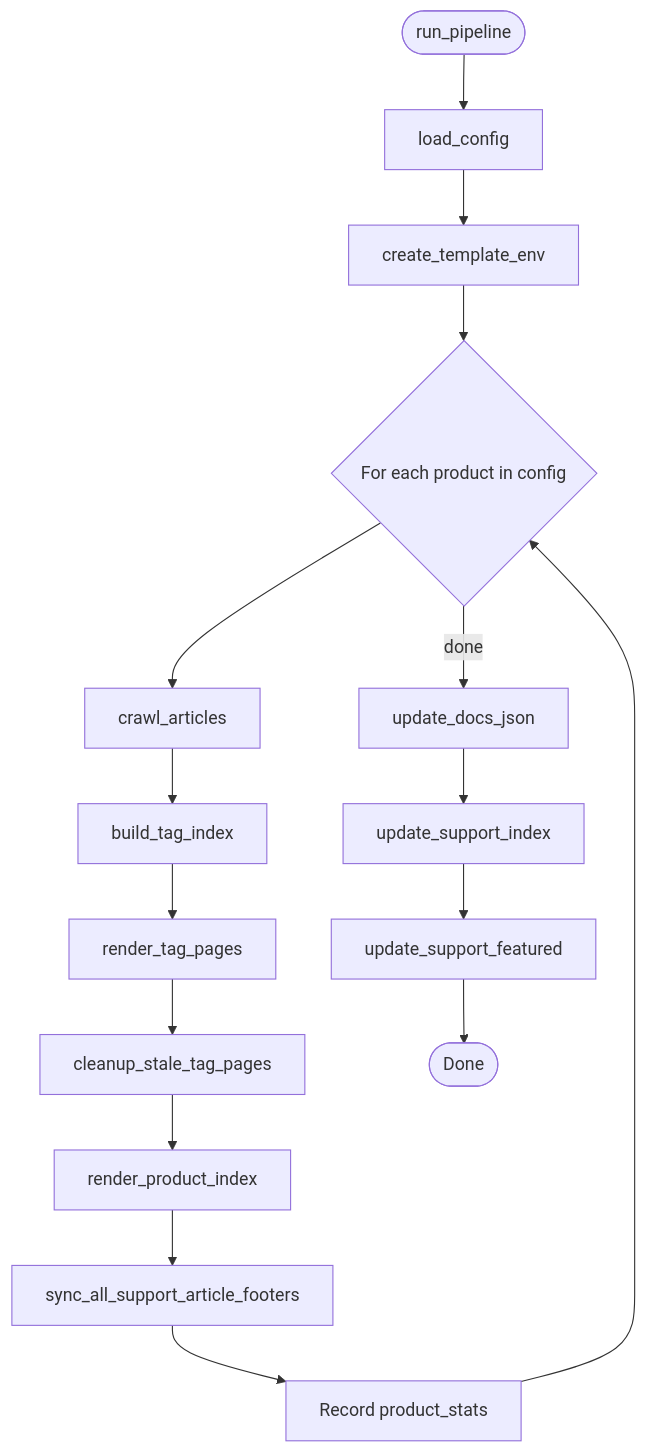
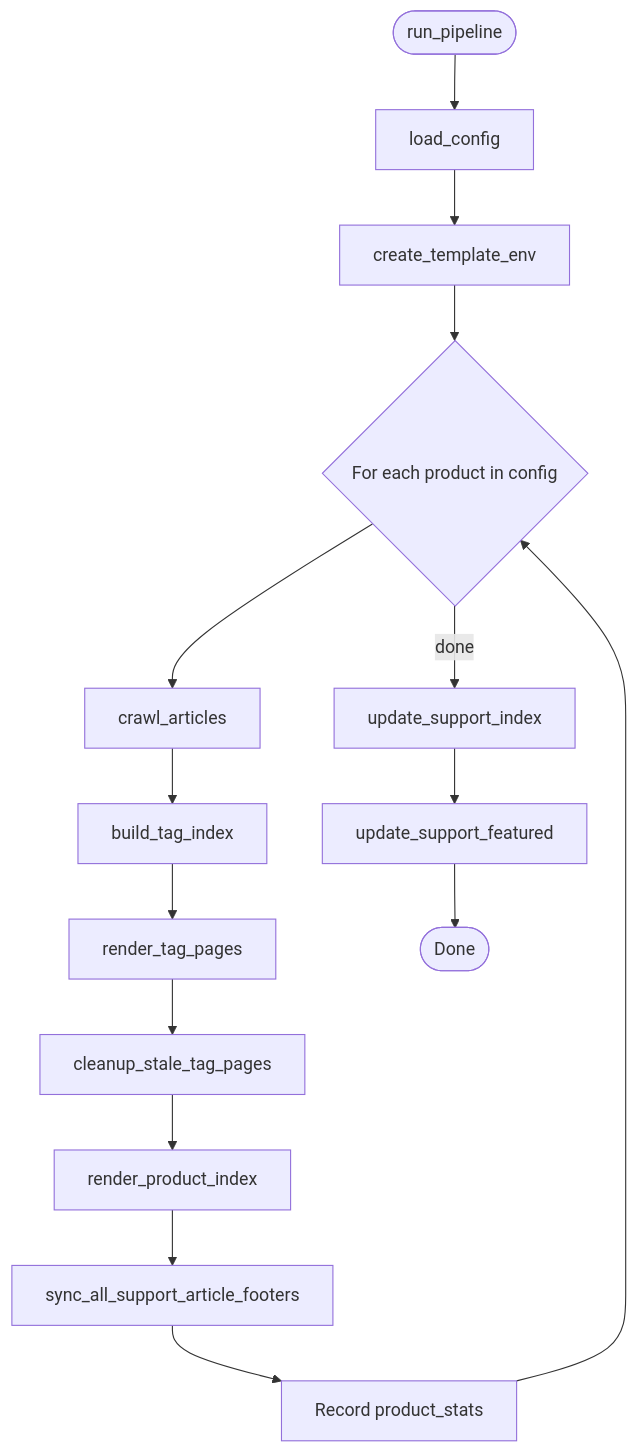
One commit to wandb/docs changed the third of 4 diagrams in scripts/knowledgebase-nav/Architecture.md. Above: the diagram before and after it, drawn with Mermaid. The commit also changed other lines of this file and 7 other files, not shown here.

````diff
--- a/scripts/knowledgebase-nav/Architecture.md
+++ b/scripts/knowledgebase-nav/Architecture.md
@@ -57,18 +58,17 @@
 ```mermaid
 flowchart TD
   START([run_pipeline]) --> LOAD[load_config]
   LOAD --> JINJA[create_template_env]
   JINJA --> LOOP{For each product in config}
   LOOP --> P1[crawl_articles]
   P1 --> P2[build_tag_index]
   P2 --> P3[render_tag_pages]
   P3 --> P3b[cleanup_stale_tag_pages]
   P3b --> P4[render_product_index]
   P4 --> P5[sync_all_support_article_footers]
   P5 --> P6[Record product_stats]
   P6 --> LOOP
-  LOOP -->|done| P7[update_docs_json]
-  P7 --> P8[update_support_index]
-  P8 --> P9[update_support_featured]
-  P9 --> DONE([Done])
+  LOOP -->|done| P7[update_support_index]
+  P7 --> P8[update_support_featured]
+  P8 --> DONE([Done])
 ```
````
